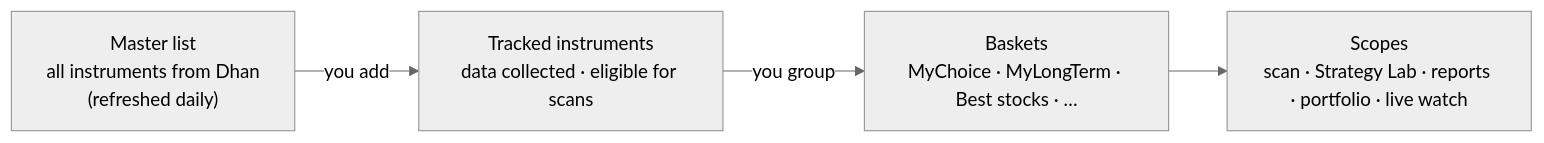
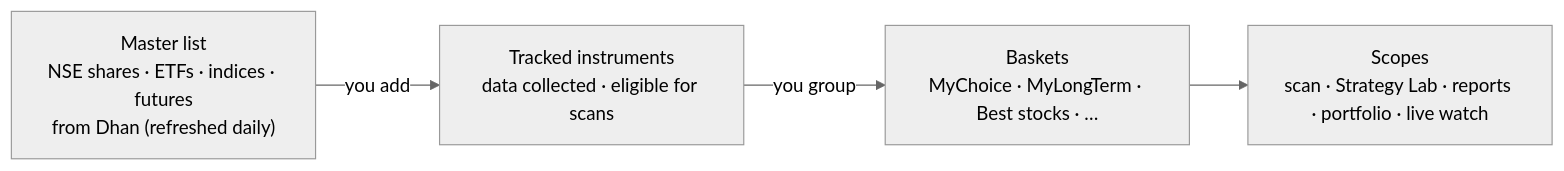
Before and after one commit to hemsingh81/xDrishti: the diagram in docs/design/06-instruments-and-baskets.md, drawn with Mermaid (neutral theme). The commit also changed other lines of this file and 223 other files, not shown here.

````diff
--- a/docs/design/06-instruments-and-baskets.md
+++ b/docs/design/06-instruments-and-baskets.md
@@ -7,6 +7,6 @@
 ```mermaid
 flowchart LR
-    M["Master list<br/>all instruments from Dhan<br/>(refreshed daily)"] -->|you add| T["Tracked instruments<br/>data collected · eligible for scans"]
+    M["Master list<br/>NSE shares · ETFs · indices · futures<br/>from Dhan (refreshed daily)"] -->|you add| T["Tracked instruments<br/>data collected · eligible for scans"]
     T -->|you group| B["Baskets<br/>MyChoice · MyLongTerm · Best stocks · …"]
     B --> S["Scopes<br/>scan · Strategy Lab · reports · portfolio · live watch"]
 ```
````
